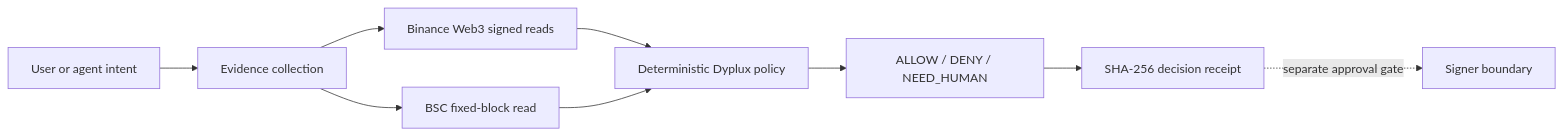
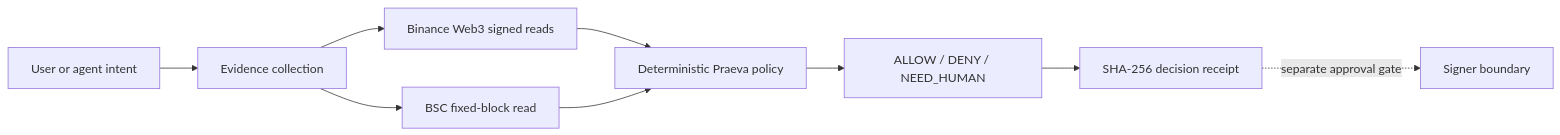
The diagram in JUDGE.md (dyplux/bnb-tokenized-stocks-2026), drawn with Mermaid before and after one commit. The commit also changed other lines of this file and 26 other files, not shown here.

````diff
--- a/JUDGE.md
+++ b/JUDGE.md
@@ -15,11 +15,11 @@
 ```mermaid
 flowchart LR
     A[User or agent intent] --> E[Evidence collection]
     E --> B[Binance Web3 signed reads]
     E --> C[BSC fixed-block read]
-    B --> P[Deterministic Dyplux policy]
+    B --> P[Deterministic Praeva policy]
     C --> P
     P --> D[ALLOW / DENY / NEED_HUMAN]
     D --> R[SHA-256 decision receipt]
     R -. separate approval gate .-> S[Signer boundary]
 ```
````
